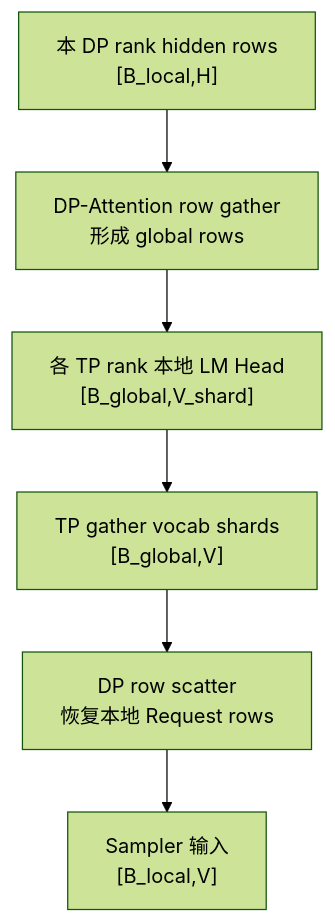
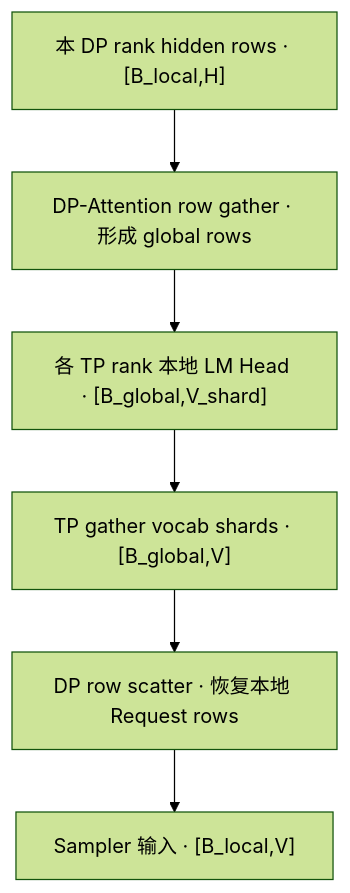
One commit to AkiYangDev/llm-inference-notes changed the sixth of 7 diagrams in docs/fundamentals/sglang-decode-source-reading-primer.md. Above: the diagram before and after it, drawn with Mermaid (forest theme). The commit also changed other lines of this file and 44 other files, not shown here.

```diff
--- a/docs/fundamentals/sglang-decode-source-reading-primer.md
+++ b/docs/fundamentals/sglang-decode-source-reading-primer.md
@@ -585,11 +512,11 @@
 ~~~mermaid
 flowchart TD
-    L["本 DP rank hidden rows<br/>[B_local,H]"]
-    DG["DP-Attention row gather<br/>形成 global rows"]
-    LM["各 TP rank 本地 LM Head<br/>[B_global,V_shard]"]
-    VG["TP gather vocab shards<br/>[B_global,V]"]
-    DS["DP row scatter<br/>恢复本地 Request rows"]
-    O["Sampler 输入<br/>[B_local,V]"]
+    L["本 DP rank hidden rows · [B_local,H]"]
+    DG["DP-Attention row gather · 形成 global rows"]
+    LM["各 TP rank 本地 LM Head · [B_global,V_shard]"]
+    VG["TP gather vocab shards · [B_global,V]"]
+    DS["DP row scatter · 恢复本地 Request rows"]
+    O["Sampler 输入 · [B_local,V]"]
 
     L --> DG --> LM --> VG --> DS --> O
 ~~~
```
